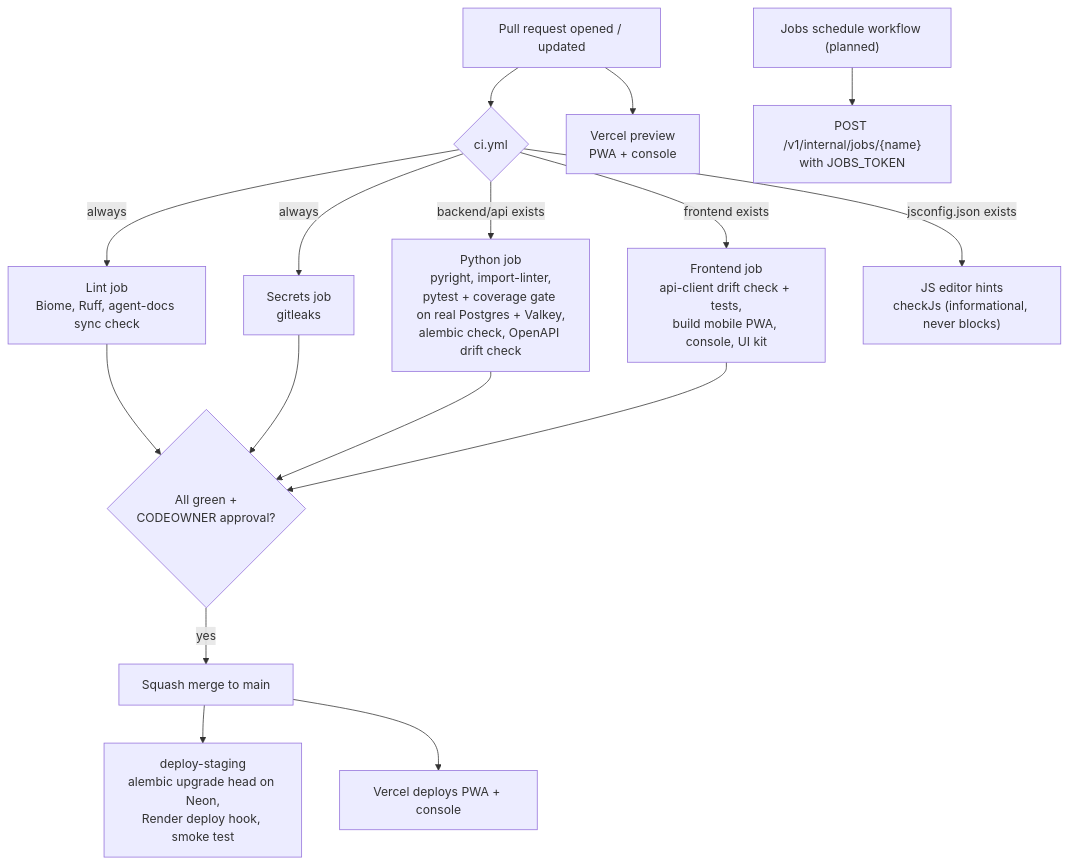
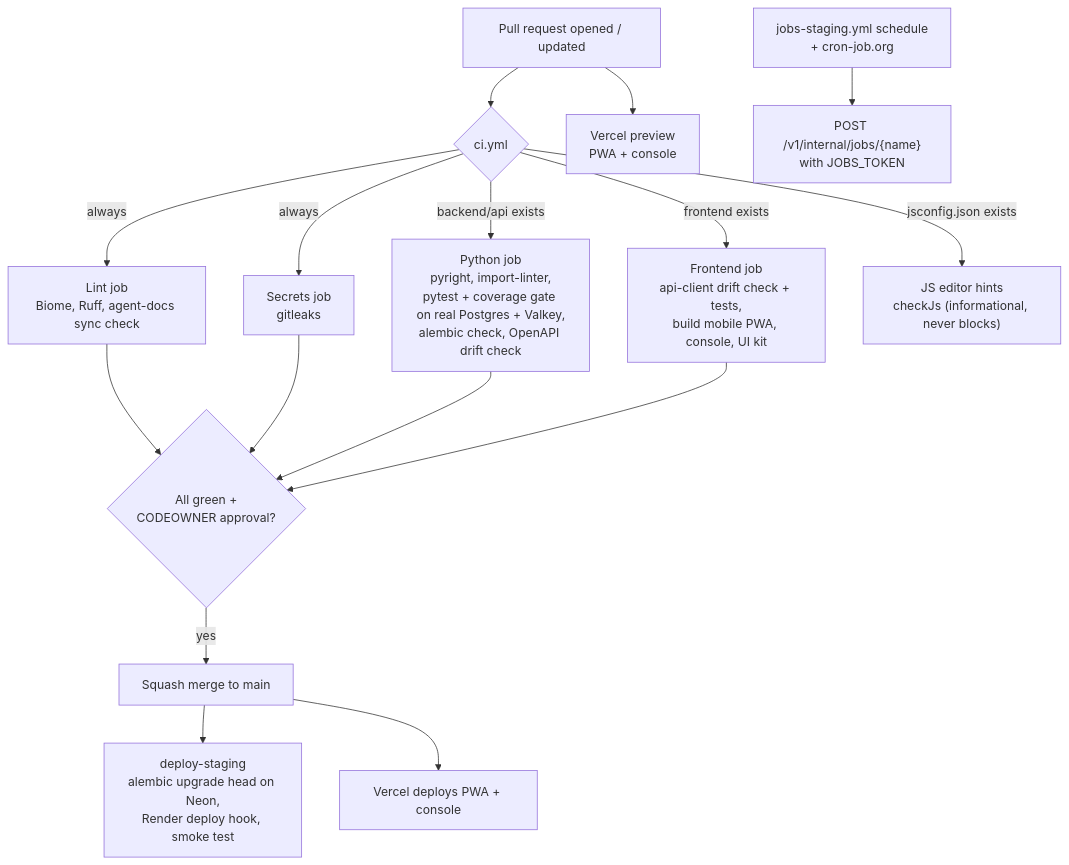
The second of 3 diagrams in docs/handbook/11-engineering-process.md (prelekar7/GharBasket), drawn with Mermaid before and after one commit. The commit also changed other lines of this file and 14 other files, not shown here.

````diff
--- a/docs/handbook/11-engineering-process.md
+++ b/docs/handbook/11-engineering-process.md
@@ -112,18 +112,18 @@
 ```mermaid
 flowchart TD
     PR["Pull request opened / updated"] --> CI{"ci.yml"}
     CI -->|always| LINT["Lint job<br/>Biome, Ruff, agent-docs sync check"]
     CI -->|always| SEC["Secrets job<br/>gitleaks"]
     CI -->|"backend/api exists"| PY["Python job<br/>pyright, import-linter,<br/>pytest + coverage gate on real Postgres + Valkey,<br/>alembic check, OpenAPI drift check"]
     CI -->|"frontend exists"| FE["Frontend job<br/>api-client drift check + tests,<br/>build mobile PWA, console, UI kit"]
     CI -->|"jsconfig.json exists"| HINT["JS editor hints<br/>checkJs (informational, never blocks)"]
     PR --> VP["Vercel preview<br/>PWA + console"]
     LINT --> OK{"All green +<br/>CODEOWNER approval?"}
     SEC --> OK
     PY --> OK
     FE --> OK
     OK -->|yes| MG["Squash merge to main"]
     MG --> STG["deploy-staging<br/>alembic upgrade head on Neon,<br/>Render deploy hook, smoke test"]
     MG --> VD["Vercel deploys PWA + console"]
-    SCH["Jobs schedule workflow (planned)"] --> JOB["POST /v1/internal/jobs/{name}<br/>with JOBS_TOKEN"]
+    SCH["jobs-staging.yml schedule<br/>+ cron-job.org"] --> JOB["POST /v1/internal/jobs/{name}<br/>with JOBS_TOKEN"]
 ```
````
